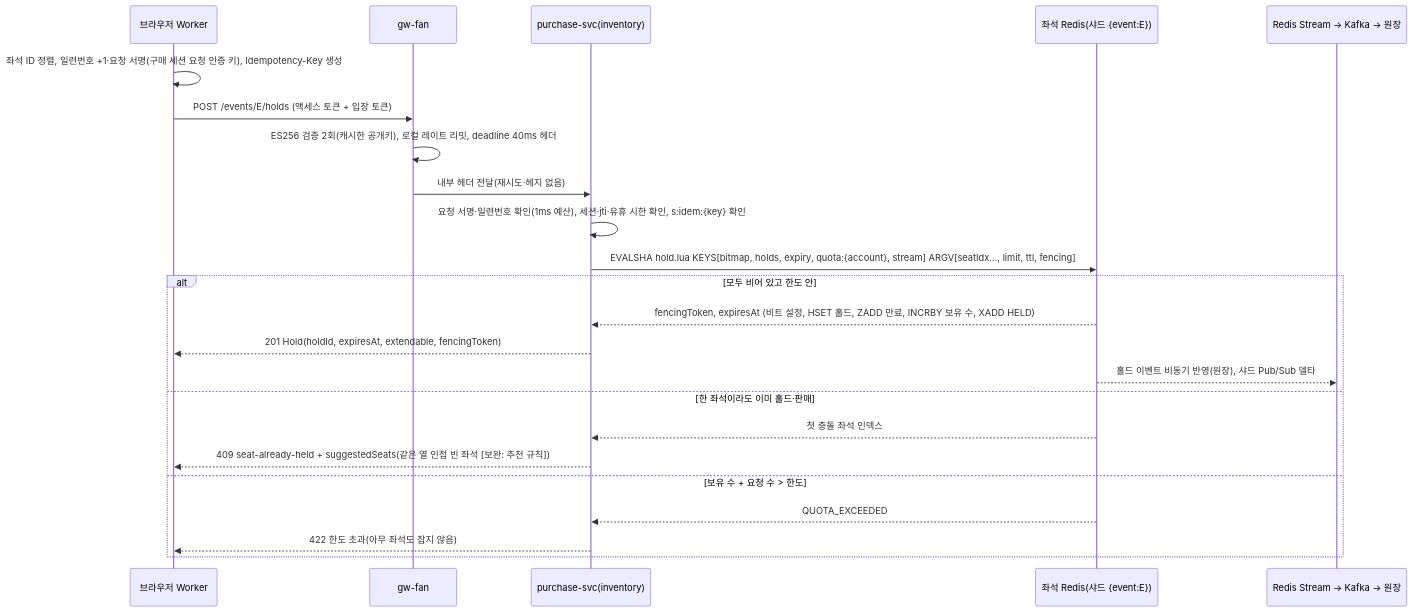
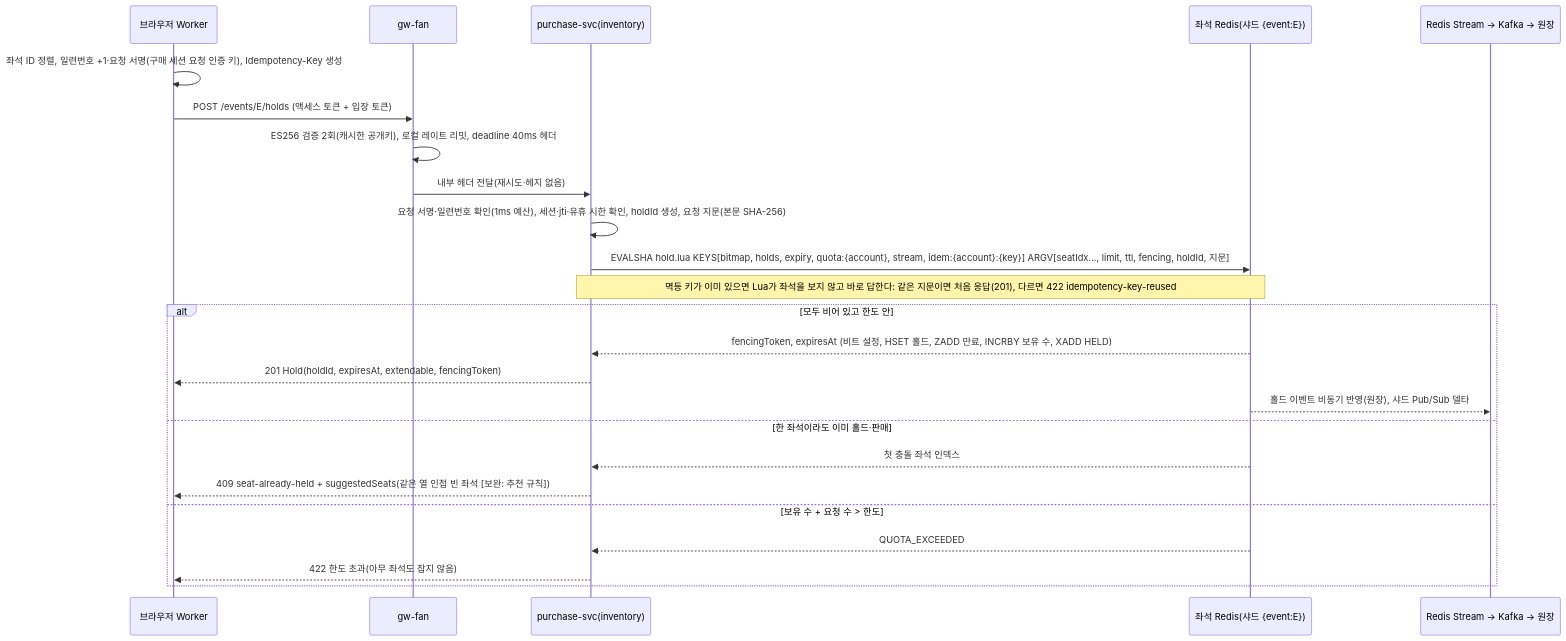
Before and after one commit to peaket/peaket: the first of 2 diagrams in docs/features/seat-hold.md, drawn with Mermaid. The commit also changed other lines of this file and 228 other files, not shown here.

````diff
--- a/docs/features/seat-hold.md
+++ b/docs/features/seat-hold.md
@@ -33,25 +34,26 @@
 ```mermaid
 sequenceDiagram
     participant W as 브라우저 Worker
     participant G as gw-fan
     participant P as purchase-svc(inventory)
     participant R as 좌석 Redis(샤드 {event:E})
     participant S as Redis Stream → Kafka → 원장
     W->>W: 좌석 ID 정렬, 일련번호 +1·요청 서명(구매 세션 요청 인증 키), Idempotency-Key 생성
     W->>G: POST /events/E/holds (액세스 토큰 + 입장 토큰)
     G->>G: ES256 검증 2회(캐시한 공개키), 로컬 레이트 리밋, deadline 40ms 헤더
     G->>P: 내부 헤더 전달(재시도·헤지 없음)
-    P->>P: 요청 서명·일련번호 확인(1ms 예산), 세션·jti·유휴 시한 확인, s:idem:{key} 확인
-    P->>R: EVALSHA hold.lua KEYS[bitmap, holds, expiry, quota:{account}, stream] ARGV[seatIdx…, limit, ttl, fencing]
+    P->>P: 요청 서명·일련번호 확인(1ms 예산), 세션·jti·유휴 시한 확인, holdId 생성, 요청 지문(본문 SHA-256)
+    P->>R: EVALSHA hold.lua KEYS[bitmap, holds, expiry, quota:{account}, stream, idem:{account}:{key}] ARGV[seatIdx…, limit, ttl, fencing, holdId, 지문]
+    Note over P,R: 멱등 키가 이미 있으면 Lua가 좌석을 보지 않고 바로 답한다: 같은 지문이면 처음 응답(201), 다르면 422 idempotency-key-reused
     alt 모두 비어 있고 한도 안
         R-->>P: fencingToken, expiresAt (비트 설정, HSET 홀드, ZADD 만료, INCRBY 보유 수, XADD HELD)
         P-->>W: 201 Hold(holdId, expiresAt, extendable, fencingToken)
         R-->>S: 홀드 이벤트 비동기 반영(원장), 샤드 Pub/Sub 델타
     else 한 좌석이라도 이미 홀드·판매
         R-->>P: 첫 충돌 좌석 인덱스
         P-->>W: 409 seat-already-held + suggestedSeats(같은 열 인접 빈 좌석 [보완: 추천 규칙])
     else 보유 수 + 요청 수 > 한도
         R-->>P: QUOTA_EXCEEDED
         P-->>W: 422 한도 초과(아무 좌석도 잡지 않음)
     end
 ```
````
